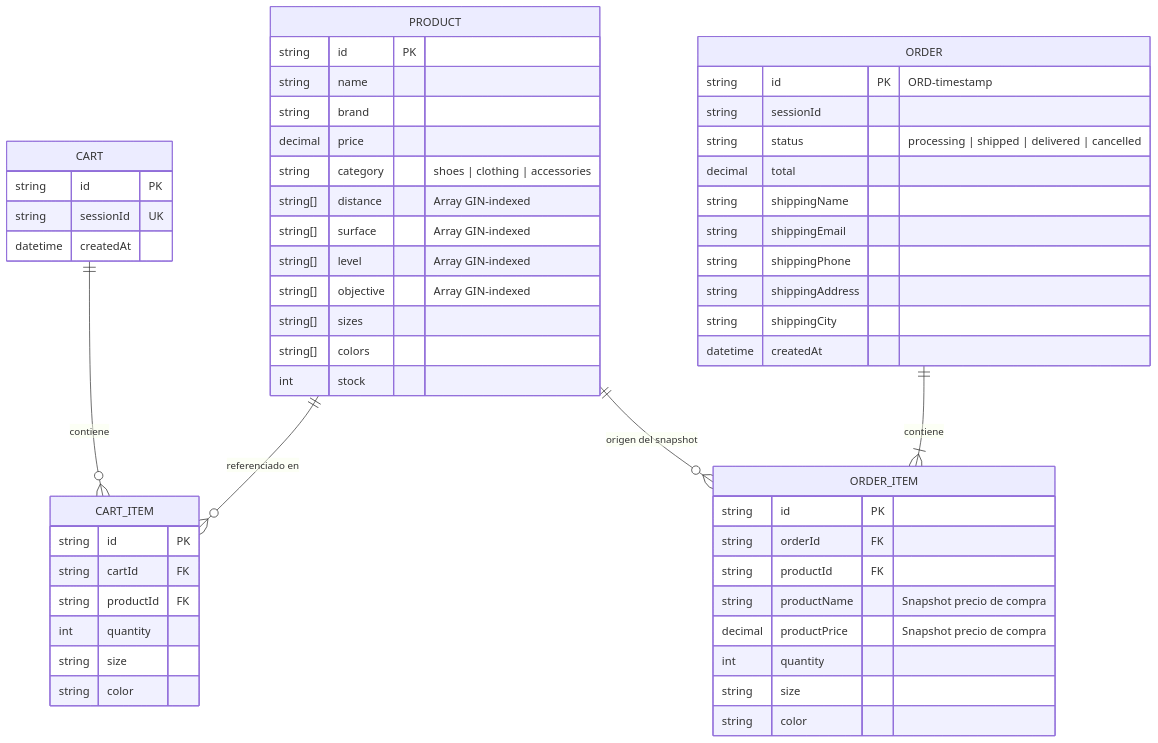
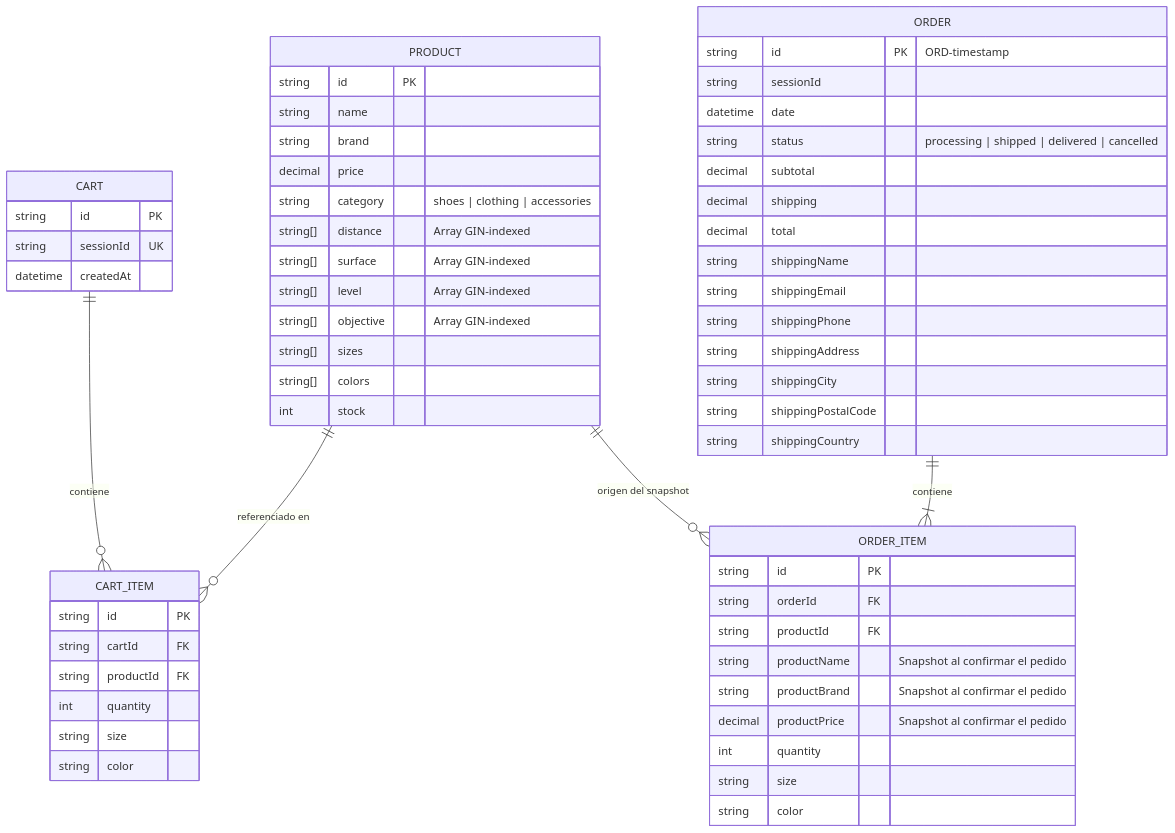
Before and after one commit to LIDR-academy/AI4Devs-finalproject: the second of 2 diagrams in readme.md, drawn with Mermaid. The commit also changed other lines of this file and 1 other file, not shown here.

Commit message:
docs(readme): fix branch link, ER diagram, and E2E test count
- Point branch link in 0.5 to feature-entrega2-XVB (matched install
  instructions, which already used the correct branch).
- Complete the ORDER/ORDER_ITEM entities in the ER diagram: add
  subtotal, shipping, date, shippingPostalCode, shippingCountry, and
  productBrand to match backend/prisma/schema.prisma. Fix a copy-paste
  label ("Snapshot precio de compra" on productName, a non-price field).
- Correct the E2E test count from 6/6 to 11/11 after running the full
  Playwright suite against the live stack: docs/E2E-TESTING.md had
  never been updated since commit 9317ef8 added 4 alternative CU2/CU3
  scenarios. Document the verified run and the CORS-port mismatch
  found while reproducing it.

````diff
--- a/readme.md
+++ b/readme.md
@@ -368,61 +368,66 @@
 ```mermaid
 erDiagram
     PRODUCT {
         string   id          PK
         string   name
         string   brand
         decimal  price
         string   category       "shoes | clothing | accessories"
         string[] distance       "Array GIN-indexed"
         string[] surface        "Array GIN-indexed"
         string[] level          "Array GIN-indexed"
         string[] objective      "Array GIN-indexed"
         string[] sizes
         string[] colors
         int      stock
     }
 
     CART {
         string   id          PK
         string   sessionId   UK
         datetime createdAt
     }
 
     CART_ITEM {
         string   id          PK
         string   cartId      FK
         string   productId   FK
         int      quantity
         string   size
         string   color
     }
 
     ORDER {
         string   id          PK  "ORD-timestamp"
         string   sessionId
+        datetime date
         string   status          "processing | shipped | delivered | cancelled"
+        decimal  subtotal
+        decimal  shipping
         decimal  total
         string   shippingName
         string   shippingEmail
         string   shippingPhone
         string   shippingAddress
         string   shippingCity
-        datetime createdAt
+        string   shippingPostalCode
+        string   shippingCountry
     }
 
     ORDER_ITEM {
         string   id           PK
         string   orderId      FK
         string   productId    FK
-        string   productName     "Snapshot precio de compra"
-        decimal  productPrice    "Snapshot precio de compra"
+        string   productName     "Snapshot al confirmar el pedido"
+        string   productBrand    "Snapshot al confirmar el pedido"
+        decimal  productPrice    "Snapshot al confirmar el pedido"
         int      quantity
         string   size
         string   color
     }
 
     CART        ||--o{ CART_ITEM  : "contiene"
     PRODUCT     ||--o{ CART_ITEM  : "referenciado en"
     ORDER       ||--|{ ORDER_ITEM : "contiene"
     PRODUCT     ||--o{ ORDER_ITEM : "origen del snapshot"
 ```
````
